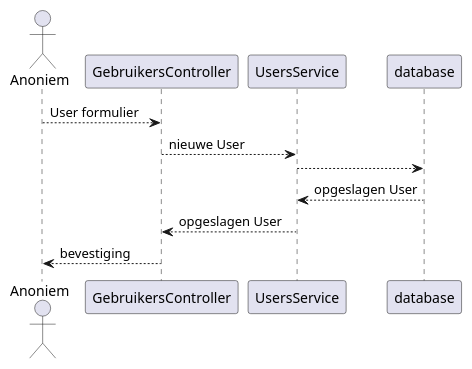
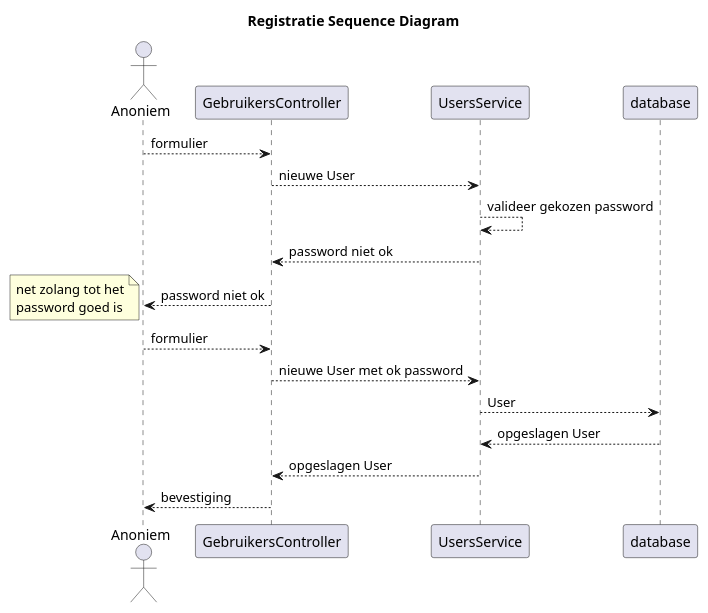
Before and after one commit to jvorhauer/noviaal: the diagram in documentatie/TO/seq-diags/registreer.puml, drawn with PlantUML. The commit also changed 5 other files, not shown here.

```diff
--- a/documentatie/TO/seq-diags/registreer.puml
+++ b/documentatie/TO/seq-diags/registreer.puml
@@ -1,12 +1,25 @@
 @startuml
+
+title Registratie Sequence Diagram
 
 actor Anoniem
 
-Anoniem --> GebruikersController: User formulier
+Anoniem --> GebruikersController: formulier
 GebruikersController --> UsersService: nieuwe User
-UsersService --> database
+UsersService --> UsersService: valideer gekozen password
+UsersService --> GebruikersController: password niet ok
+GebruikersController --> Anoniem: password niet ok
+
+note left
+net zolang tot het
+password goed is
+end note
+
+Anoniem --> GebruikersController: formulier
+GebruikersController --> UsersService: nieuwe User met ok password
+UsersService --> database: User
 database --> UsersService: opgeslagen User
 UsersService --> GebruikersController: opgeslagen User
 GebruikersController --> Anoniem: bevestiging
 
 @enduml
```
